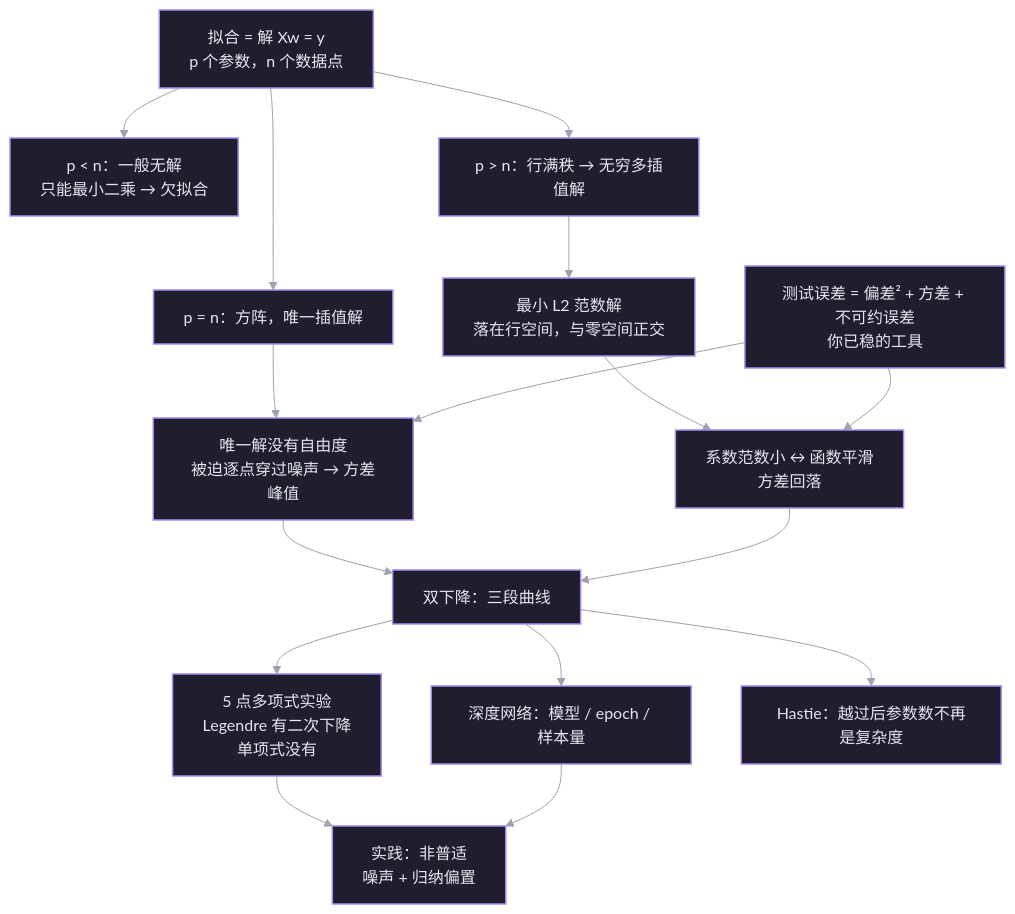
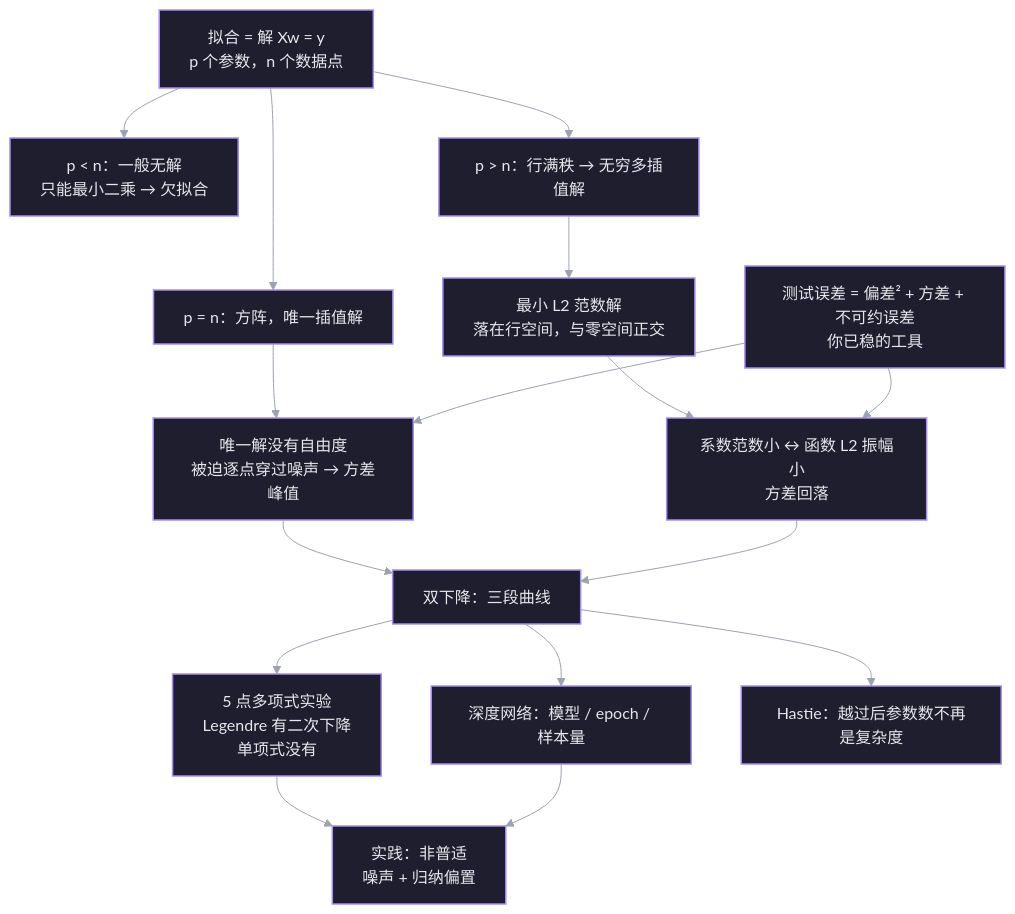
Before and after one commit to Korotomx/STD: the diagram in Artificial_Intelligence/Unlimited/Double Descent 双下降.md, drawn with Mermaid. The commit also changed other lines of this file and 3 other files, not shown here.

````diff
--- a/Artificial_Intelligence/Unlimited/Double Descent 双下降.md
+++ b/Artificial_Intelligence/Unlimited/Double Descent 双下降.md
@@ -24,21 +24,21 @@
 ```mermaid
 %%{init: {'theme':'base','themeCSS':'.nodeLabel{color:#E5E7EB!important;fill:#E5E7EB!important}.edgeLabel p{background-color:#131312!important}.edgeLabel{color:#E5E7EB!important}svg{background:transparent!important}','themeVariables':{'primaryColor':'#1E1E2E','primaryTextColor':'#E5E7EB','primaryBorderColor':'#A78BFA','lineColor':'#9CA3AF','mainBkg':'#1E1E2E','nodeBorder':'#A78BFA','clusterBkg':'#131312','edgeLabelBackground':'#131312','actorBkg':'#1E1E2E','actorBorder':'#A78BFA','noteBkgColor':'#1E1E2E','noteBorderColor':'#A78BFA','stateBkg':'#1E1E2E','stateBorder':'#A78BFA','fontFamily':'Noto Sans CJK SC, sans-serif'}}}%%
 flowchart TD
     A["拟合 = 解 Xw = y<br/>p 个参数，n 个数据点"] --> B["p < n：一般无解<br/>只能最小二乘 → 欠拟合"]
     A --> C["p = n：方阵，唯一插值解"]
     A --> D["p > n：行满秩 → 无穷多插值解"]
     C --> E["唯一解没有自由度<br/>被迫逐点穿过噪声 → 方差峰值"]
     D --> F["最小 L2 范数解<br/>落在行空间，与零空间正交"]
-    F --> G["系数范数小 ↔ 函数平滑<br/>方差回落"]
+    F --> G["系数范数小 ↔ 函数 L2 振幅小<br/>方差回落"]
     R["测试误差 = 偏差² + 方差 + 不可约误差<br/>你已稳的工具"] --> E
     R --> G
     E --> H["双下降：三段曲线"]
     G --> H
     H --> L["5 点多项式实验<br/>Legendre 有二次下降<br/>单项式没有"]
     H --> I["深度网络：模型 / epoch / 样本量"]
     L --> J["实践：非普适<br/>噪声 + 归纳偏置"]
     I --> J
     H --> K["Hastie：越过后参数数不再是复杂度"]
     classDef default fill:#1E1E2E,stroke:#A78BFA,stroke-width:1.5px,color:#E5E7EB
     linkStyle default stroke:#9CA3AF
 ```
````
